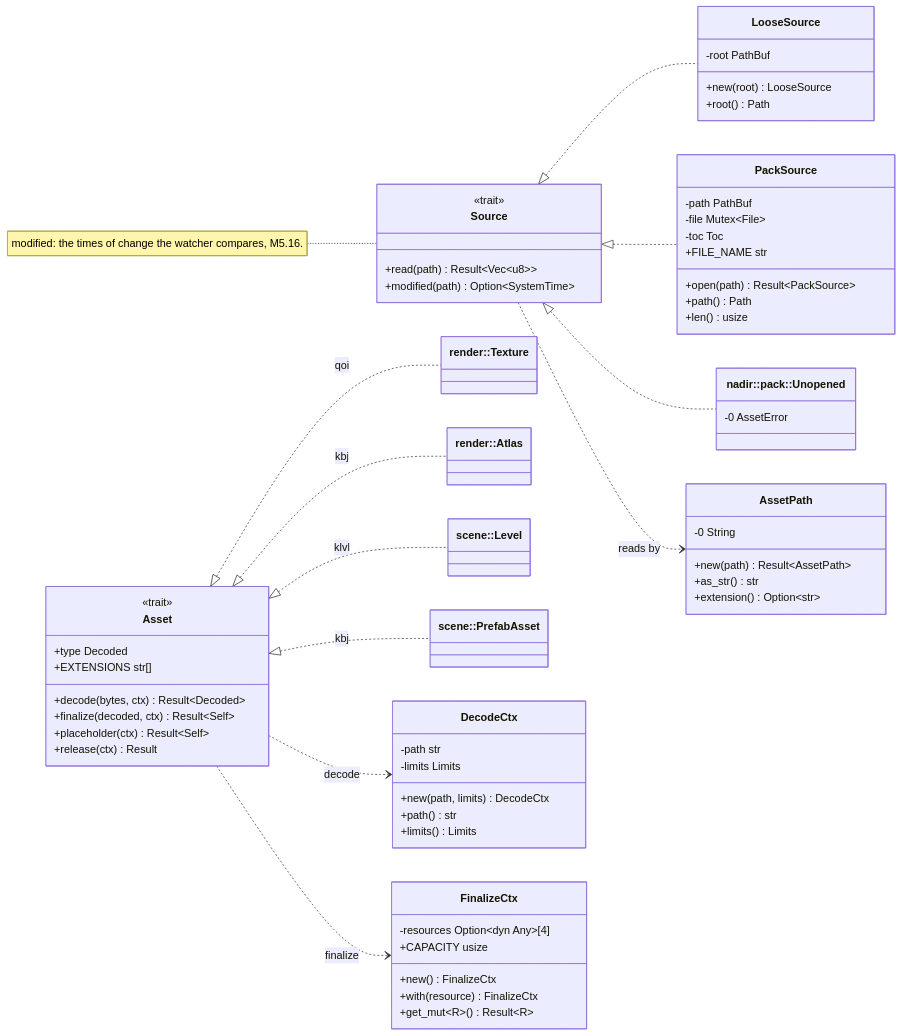
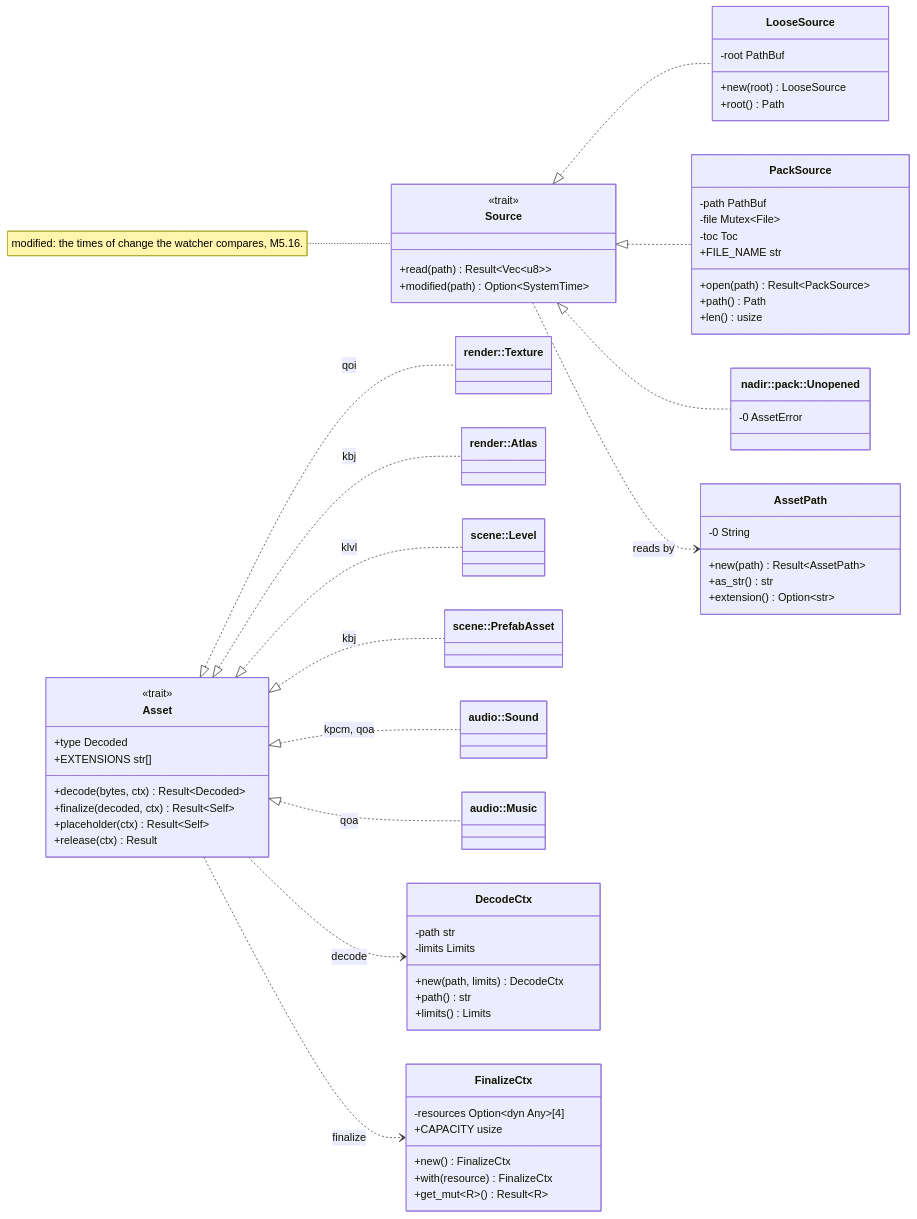
One commit to jabbott-iii/Nadir changed the ninth of 29 diagrams in diagrams/class-diagram.md. Above: the diagram before and after it, drawn with Mermaid. The commit also changed other lines of this file and 40 other files, not shown here.

````diff
--- a/diagrams/class-diagram.md
+++ b/diagrams/class-diagram.md
@@ -696,70 +696,74 @@
 ```mermaid
 classDiagram
     direction LR
     class Asset {
         <<trait>>
         +type Decoded
         +EXTENSIONS str[]
         +decode(bytes, ctx) Result~Decoded~
         +finalize(decoded, ctx) Result~Self~
         +placeholder(ctx) Result~Self~
         +release(ctx) Result
     }
     class DecodeCtx {
         -path str
         -limits Limits
         +new(path, limits) DecodeCtx
         +path() str
         +limits() Limits
     }
     class FinalizeCtx {
         -resources Option~dyn Any~[4]
         +CAPACITY usize
         +new() FinalizeCtx
         +with(resource) FinalizeCtx
         +get_mut~R~() Result~R~
     }
     class Source {
         <<trait>>
         +read(path) Result~Vec~u8~~
         +modified(path) Option~SystemTime~
     }
     class LooseSource {
         -root PathBuf
         +new(root) LooseSource
         +root() Path
     }
     class PackSource {
         -path PathBuf
         -file Mutex~File~
         -toc Toc
         +FILE_NAME str
         +open(path) Result~PackSource~
         +path() Path
         +len() usize
     }
     class Unopened["nadir::pack::Unopened"] {
         -0 AssetError
     }
     class AssetPath {
         -0 String
         +new(path) Result~AssetPath~
         +as_str() str
         +extension() Option~str~
     }
     class Texture["render::Texture"]
     class Atlas["render::Atlas"]
     class Level["scene::Level"]
     class PrefabAsset["scene::PrefabAsset"]
+    class Sound["audio::Sound"]
+    class Music["audio::Music"]
     Asset <|.. Texture : qoi
     Asset <|.. Atlas : kbj
     Asset <|.. Level : klvl
     Asset <|.. PrefabAsset : kbj
+    Asset <|.. Sound : kpcm, qoa
+    Asset <|.. Music : qoa
     Asset ..> DecodeCtx : decode
     Asset ..> FinalizeCtx : finalize
     Source <|.. LooseSource
     Source <|.. PackSource
     Source <|.. Unopened
     Source ..> AssetPath : reads by
     note for Source "modified: the times of change the watcher compares, M5.16."
 ```
````
